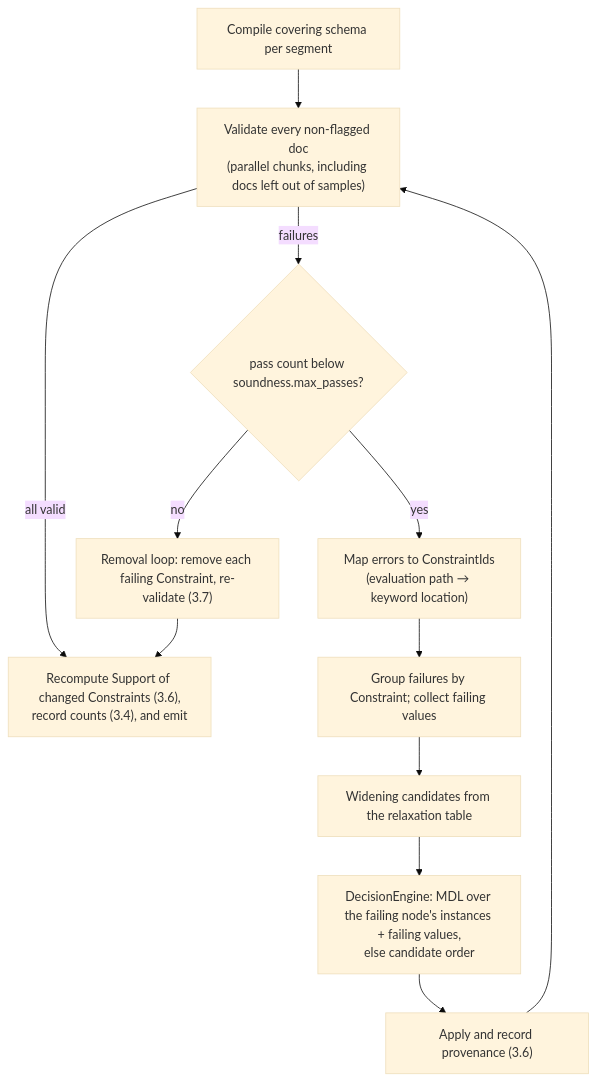
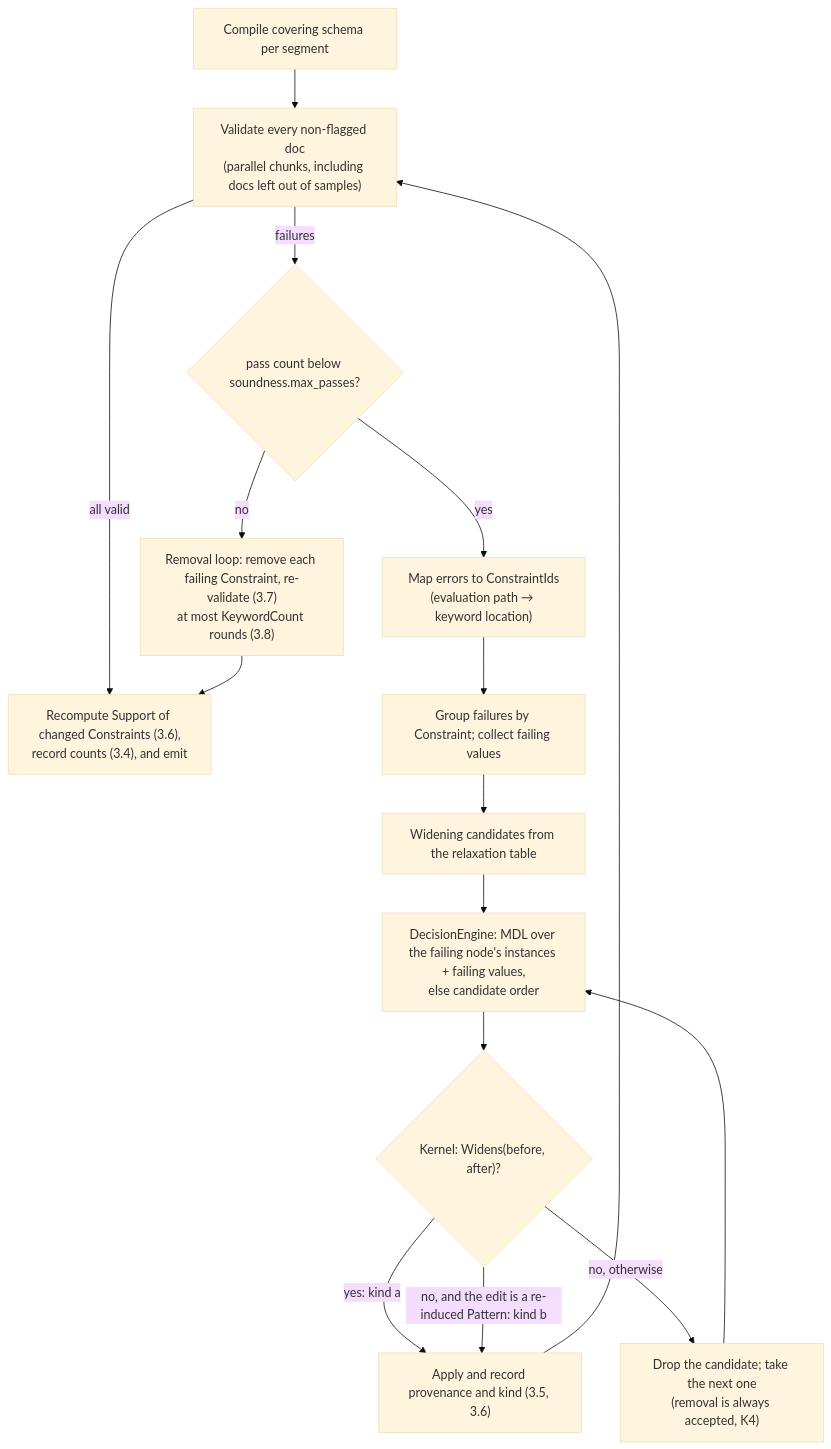
The fourth of 4 diagrams in JSON-Schema-Infer/.kiro/specs/json-schema-inference/design.md (mars2292-umn/Kiro-experimentation), drawn with Mermaid (base theme) before and after one commit. The commit also changed other lines of this file and 3 other files, not shown here.

````diff
--- a/JSON-Schema-Infer/.kiro/specs/json-schema-inference/design.md
+++ b/JSON-Schema-Infer/.kiro/specs/json-schema-inference/design.md
@@ -1047,14 +1171,18 @@
 ```mermaid
 flowchart TD
     A["Compile covering schema per segment"] --> B["Validate every non-flagged doc<br/>(parallel chunks, including docs left out of samples)"]
     B -->|all valid| Z["Recompute Support of changed Constraints (3.6),<br/>record counts (3.4), and emit"]
     B -->|failures| H{"pass count below soundness.max_passes?"}
     H -->|yes| C["Map errors to ConstraintIds<br/>(evaluation path → keyword location)"]
     C --> D["Group failures by Constraint; collect failing values"]
     D --> E["Widening candidates from the relaxation table"]
     E --> F["DecisionEngine: MDL over the failing node's instances + failing values,<br/>else candidate order"]
-    F --> G["Apply and record provenance (3.6)"]
+    F --> W{"Kernel: Widens(before, after)?"}
+    W -->|yes: kind a| G["Apply and record provenance and kind (3.5, 3.6)"]
+    W -->|"no, and the edit is a re-induced Pattern: kind b"| G
+    W -->|"no, otherwise"| X["Drop the candidate; take the next one<br/>(removal is always accepted, K4)"]
+    X --> F
     G --> B
-    H -->|no| R["Removal loop: remove each failing Constraint, re-validate (3.7)"]
+    H -->|no| R["Removal loop: remove each failing Constraint, re-validate (3.7)<br/>at most KeywordCount rounds (3.8)"]
     R --> Z
 ```
````
